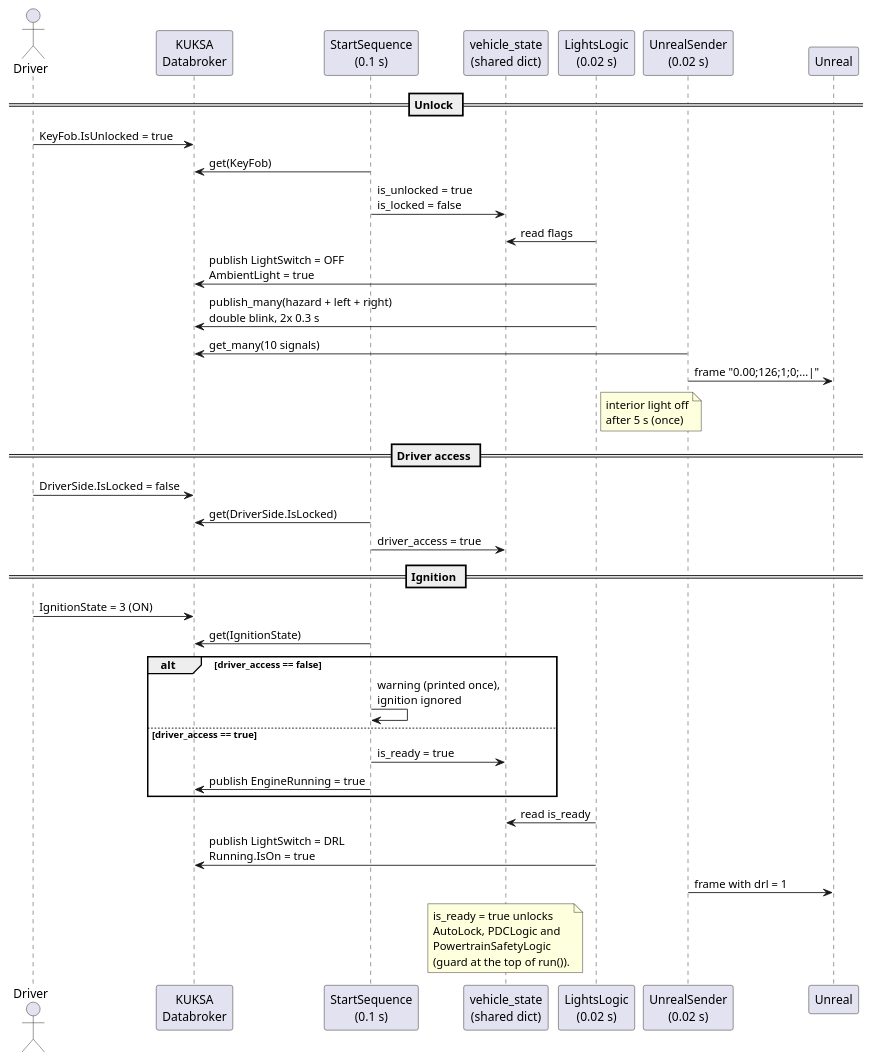
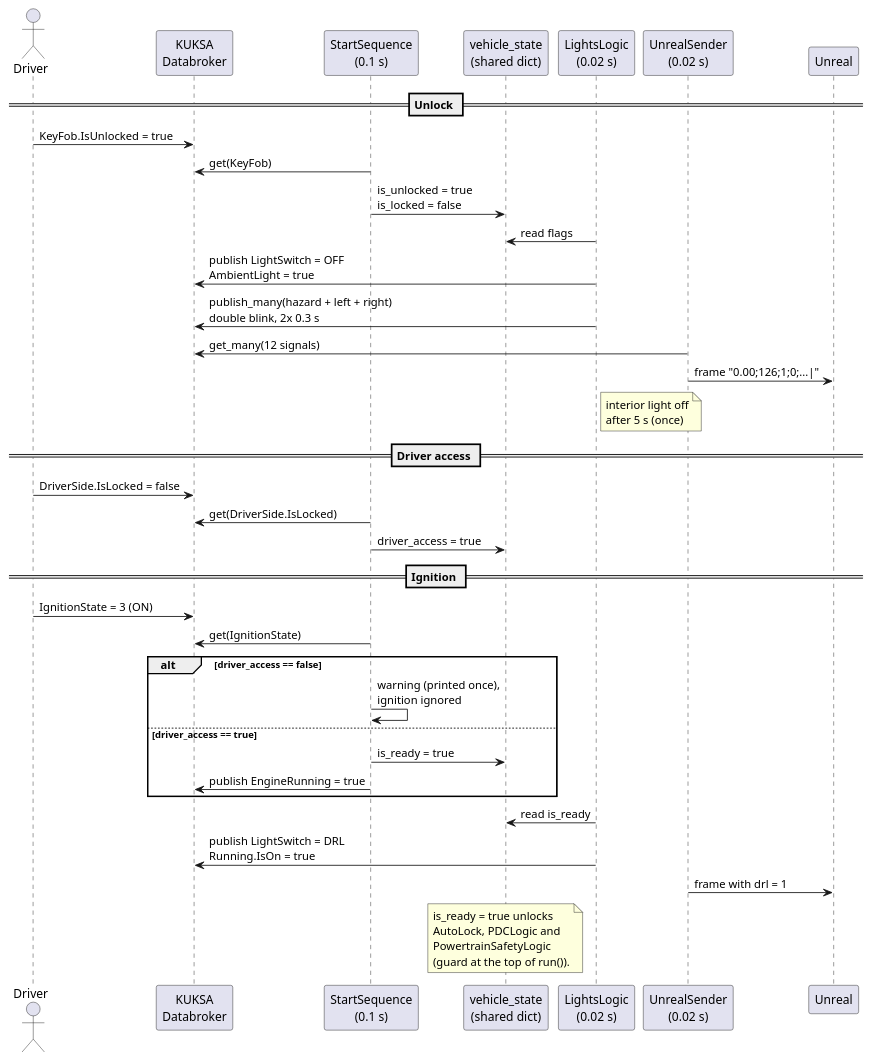
The diagram in docs/sequence_startup.puml (saskiazie/sdv_logic), drawn with PlantUML before and after one commit. The commit also changed 1 other file, not shown here.

Commit message:
Update diagrams and documentation

```diff
--- a/docs/sequence_startup.puml
+++ b/docs/sequence_startup.puml
@@ -1,54 +1,54 @@
 @startuml sequence_startup
 ' Sequence diagram: from key fob unlock to READY.
 ' Answers: which module reacts when, and in which order?
 ' Note: the modules are NOT called by each other - they poll the
 ' broker and the shared vehicle_state in their own threads.
 
 skinparam defaultFontName sans-serif
 skinparam shadowing false
 
 actor Driver as D
 participant "KUKSA\nDatabroker" as K
 participant "StartSequence\n(0.1 s)" as SS
 participant "vehicle_state\n(shared dict)" as VS
 participant "LightsLogic\n(0.02 s)" as LL
 participant "UnrealSender\n(0.02 s)" as US
 participant "Unreal" as U
 
 == Unlock ==
 D -> K : KeyFob.IsUnlocked = true
 SS -> K : get(KeyFob)
 SS -> VS : is_unlocked = true\nis_locked = false
 LL -> VS : read flags
 LL -> K : publish LightSwitch = OFF\nAmbientLight = true
 LL -> K : publish_many(hazard + left + right)\ndouble blink, 2x 0.3 s
-US -> K : get_many(10 signals)
+US -> K : get_many(12 signals)
 US -> U : frame "0.00;126;1;0;...|"
 note right of LL : interior light off\nafter 5 s (once)
 
 == Driver access ==
 D -> K : DriverSide.IsLocked = false
 SS -> K : get(DriverSide.IsLocked)
 SS -> VS : driver_access = true
 
 == Ignition ==
 D -> K : IgnitionState = 3 (ON)
 SS -> K : get(IgnitionState)
 alt driver_access == false
   SS -> SS : warning (printed once),\nignition ignored
 else driver_access == true
   SS -> VS : is_ready = true
   SS -> K : publish EngineRunning = true
 end
 LL -> VS : read is_ready
 LL -> K : publish LightSwitch = DRL\nRunning.IsOn = true
 US -> U : frame with drl = 1
 
 note over VS
   is_ready = true unlocks
   AutoLock, PDCLogic and
   PowertrainSafetyLogic
   (guard at the top of run()).
 end note
 
 @enduml
```
